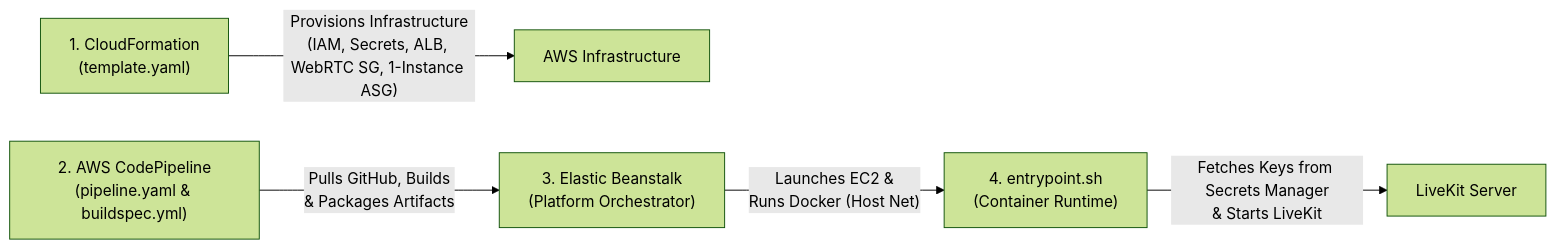
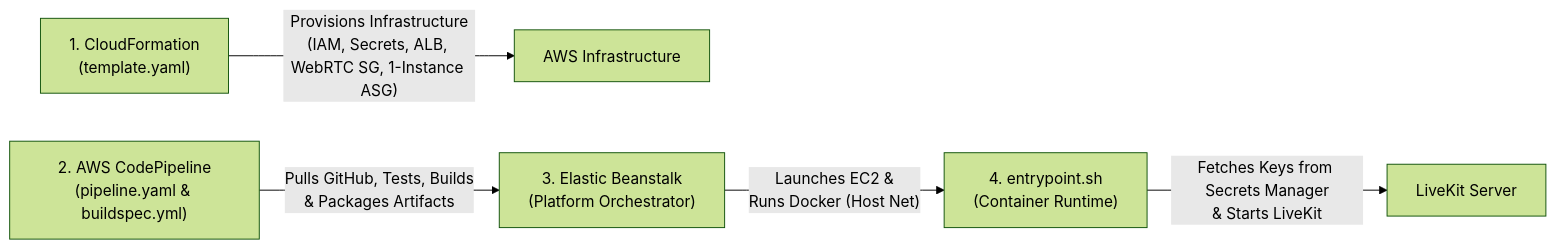
The diagram in README.md (kumaresan0206/livekit-beanstalk), drawn with Mermaid (forest theme) before and after one commit. The commit also changed other lines of this file and 5 other files, not shown here.

Commit message:
feat(cicd): add automated unit test suite and manual approval stage to CodePipeline

````diff
--- a/README.md
+++ b/README.md
@@ -9,7 +9,7 @@
 ```mermaid
 flowchart LR
     CF["1. CloudFormation\n(template.yaml)"] -->|"Provisions Infrastructure\n(IAM, Secrets, ALB, WebRTC SG, 1-Instance ASG)"| AWS_Infra["AWS Infrastructure"]
-    CICD["2. AWS CodePipeline\n(pipeline.yaml & buildspec.yml)"] -->|"Pulls GitHub, Builds\n& Packages Artifacts"| EB["3. Elastic Beanstalk\n(Platform Orchestrator)"]
+    CICD["2. AWS CodePipeline\n(pipeline.yaml & buildspec.yml)"] -->|"Pulls GitHub, Tests, Builds\n& Packages Artifacts"| EB["3. Elastic Beanstalk\n(Platform Orchestrator)"]
     EB -->|"Launches EC2 &\nRuns Docker (Host Net)"| Entrypoint["4. entrypoint.sh\n(Container Runtime)"]
     Entrypoint -->|"Fetches Keys from Secrets Manager\n& Starts LiveKit"| LK["LiveKit Server"] 
 ```
````
